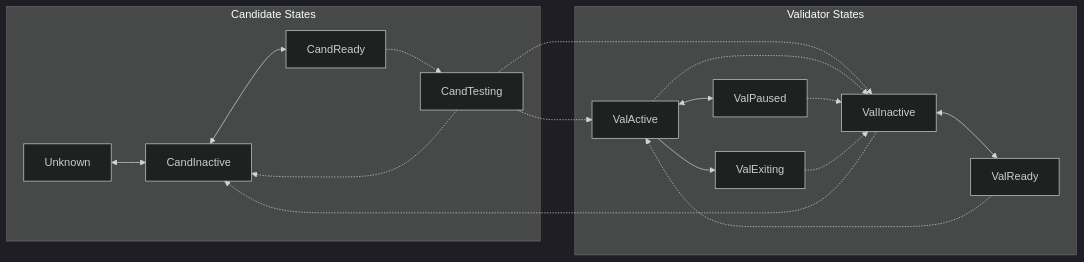
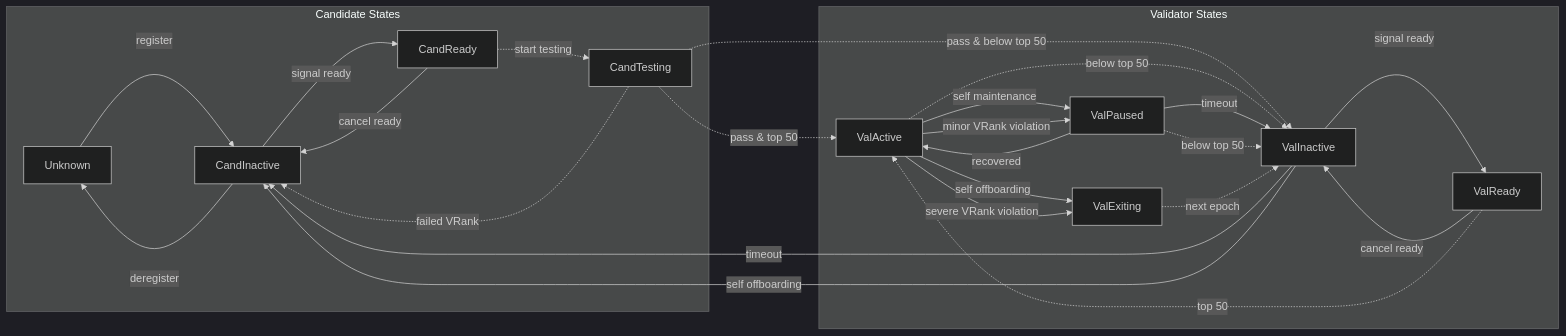
The diagram in KIPs/kip-286.md (kaiachain/kips), drawn with Mermaid (dark theme) before and after one commit. The commit also changed other lines of this file, not shown here.

Commit message:
Tidy up state transition

````diff
--- a/KIPs/kip-286.md
+++ b/KIPs/kip-286.md
@@ -68,41 +117,49 @@
 ```mermaid
 flowchart LR
     subgraph Candidates["Candidate States"]
         Unknown
         CandInactive
         CandReady
         CandTesting
     end
 
     subgraph Validators["Validator States"]
         ValInactive
         ValReady
         ValActive
         ValPaused
         ValExiting
     end
 
-    %% Candidate flow
-    Unknown <--> CandInactive
-    CandInactive <--> CandReady
-    CandReady -.-> CandTesting
-    CandTesting -.-> CandInactive
+    %% Registration & Deregistration
+    Unknown -->|"register"| CandInactive
+    CandInactive -->|"deregister"| Unknown
 
-    %% Candidate to Validator
-    CandTesting -.-> ValActive
-    CandTesting -.-> ValInactive
+    %% Candidate Lifecycle
+    CandInactive -->|"signal ready"| CandReady
+    CandReady -->|"cancel ready"| CandInactive
+    CandReady -.->|"start testing"| CandTesting
+    CandTesting -.->|"failed VRank"| CandInactive
+    CandTesting -.->|"pass & top 50"| ValActive
+    CandTesting -.->|"pass & below top 50"| ValInactive
 
-    %% Validator active set
-    ValActive -.-> ValInactive
-    ValInactive <--> ValReady
-    ValReady -.-> ValActive
+    %% Validator Active Set
+    ValActive -.->|"below top 50"| ValInactive
+    ValInactive -->|"signal ready"| ValReady
+    ValReady -->|"cancel ready"| ValInactive
+    ValReady -.->|"top 50"| ValActive
 
     %% Maintenance & Recovery
-    ValActive <--> ValPaused
-    ValPaused -.-> ValInactive
+    ValActive -->|"self maintenance"| ValPaused
+    ValActive -->|"minor VRank violation"| ValPaused
+    ValPaused -->|"recovered"| ValActive
+    ValPaused -->|"timeout"| ValInactive
+    ValPaused -.->|"below top 50"| ValInactive
 
     %% Exit & Offboarding
-    ValActive --> ValExiting
-    ValExiting -.-> ValInactive
-    ValInactive -.-> CandInactive
+    ValActive -->|"self offboarding"| ValExiting
+    ValActive -->|"severe VRank violation"| ValExiting
+    ValExiting -.->|"next epoch"| ValInactive
+    ValInactive -->|"timeout"| CandInactive
+    ValInactive -->|"self offboarding"| CandInactive
 ```
````
